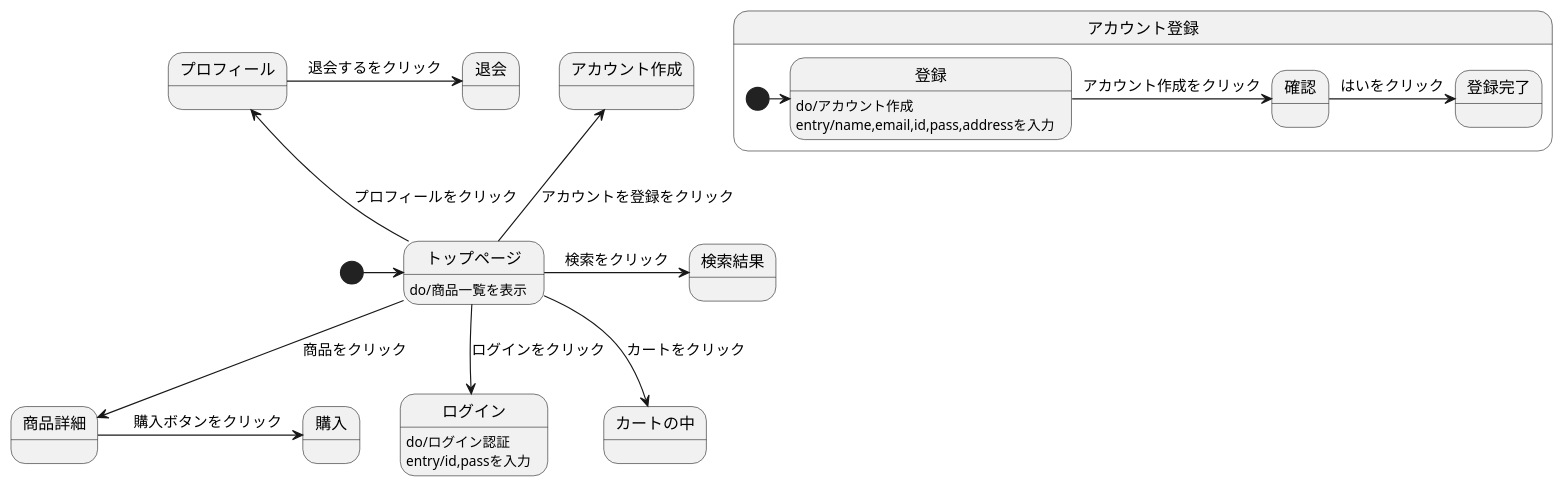
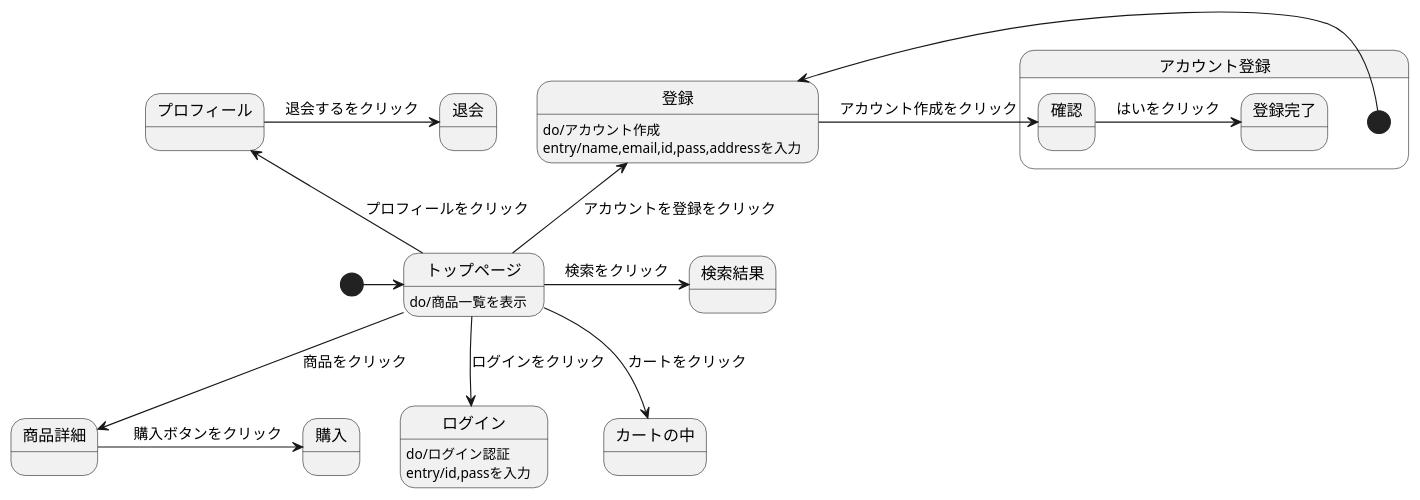
The diagram in stm01.md (Aso2001159/2021sys-design), drawn with PlantUML before and after one commit.

````diff
--- a/stm01.md
+++ b/stm01.md
@@ -1,25 +1,25 @@
 ```uml
 
 @startuml
 [*]->トップページ
 トップページ : do/商品一覧を表示
 トップページ-->商品詳細 : 商品をクリック
   商品詳細->購入 :　購入ボタンをクリック
 トップページ-down->ログイン :ログインをクリック
   ログイン : do/ログイン認証
   ログイン : entry/id,passを入力
 トップページ-->カートの中 :カートをクリック
-トップページ-up-> アカウント作成 :アカウントを登録をクリック
+トップページ-up-> 登録 :アカウントを登録をクリック
 state アカウント登録{
 [*]-> 登録 
   登録 : do/アカウント作成
   登録 : entry/name,email,id,pass,addressを入力
   登録 ->確認: アカウント作成をクリック
   確認 -> 登録完了: はいをクリック
   }
 トップページ->検索結果 :検索をクリック
 トップページ-up->プロフィール :プロフィールをクリック
   プロフィール->退会 :退会するをクリック
 @enduml
 
 ```
````
